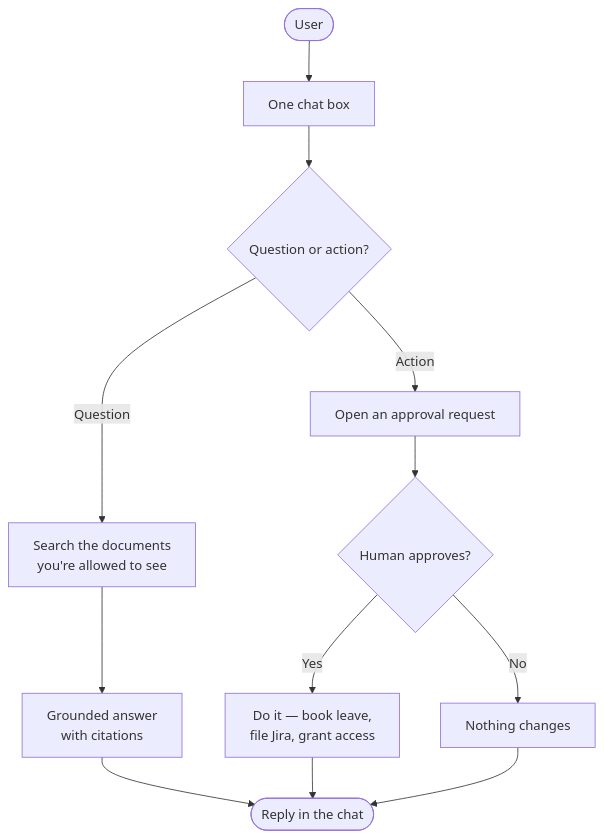
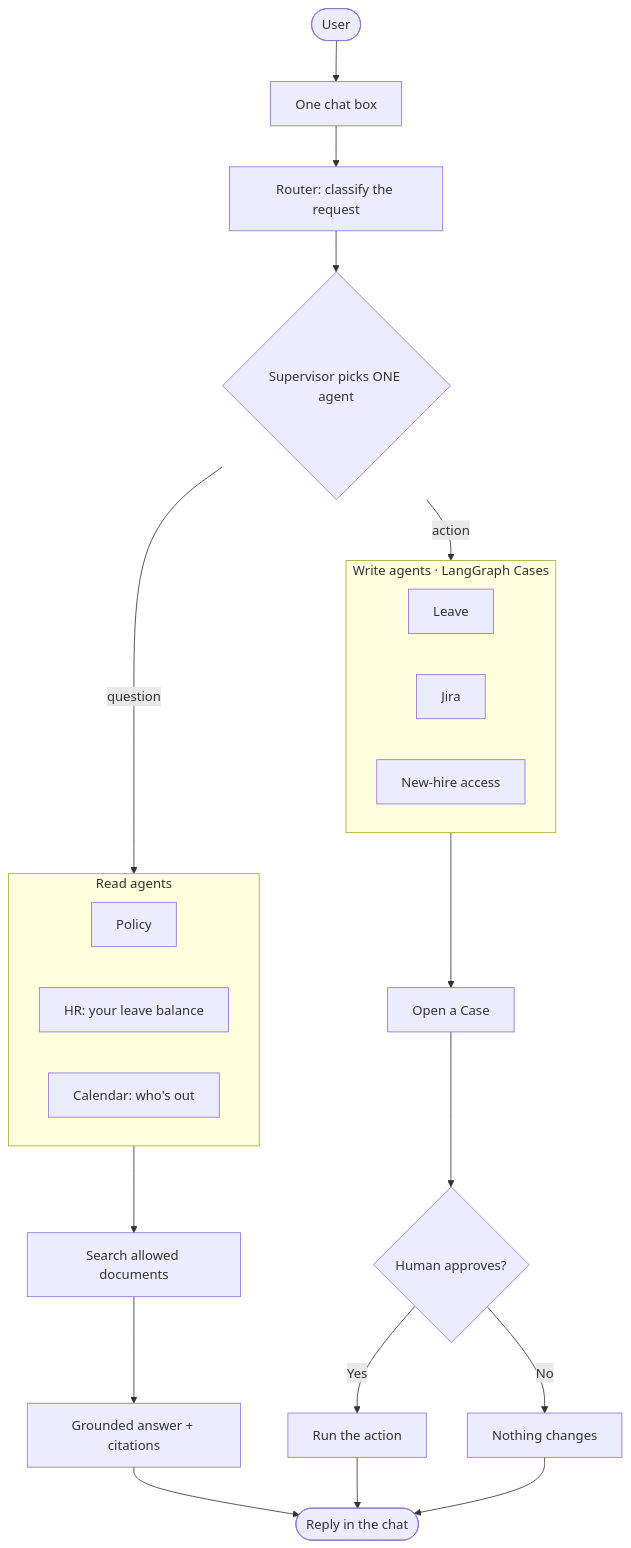
One commit to HardityaGhuman/aria changed the diagram in README.md. Above: the diagram before and after it, drawn with Mermaid. The commit also changed other lines of this file, not shown here.

Commit message:
docs(readme): foreground the multi-agent + LangGraph architecture

````diff
--- a/README.md
+++ b/README.md
@@ -36,17 +43,33 @@
 ```mermaid
 flowchart TB
     User([User]) --> Chat[One chat box]
-    Chat --> Router{Question or action?}
+    Chat --> Router[Router: classify the request]
+    Router --> Supervisor{Supervisor picks ONE agent}
 
-    Router -->|Question| Search[Search the documents<br/>you're allowed to see]
-    Search --> Answer[Grounded answer<br/>with citations]
+    Supervisor -->|question| Reads
+    Supervisor -->|action| Writes
 
-    Router -->|Action| Request[Open an approval request]
-    Request --> Gate{Human approves?}
-    Gate -->|Yes| Act[Do it — book leave,<br/>file Jira, grant access]
-    Gate -->|No| Skip[Nothing changes]
+    subgraph Reads [Read agents]
+        direction LR
+        Policy[Policy]
+        HR[HR: your leave balance]
+        Calendar[Calendar: who's out]
+    end
+
+    subgraph Writes [Write agents · LangGraph Cases]
+        direction LR
+        Leave[Leave]
+        Jira[Jira]
+        Onboarding[New-hire access]
+    end
+
+    Reads --> Retrieve[Search allowed documents] --> Answer[Grounded answer + citations]
+
+    Writes --> Case[Open a Case] --> Approve{Human approves?}
+    Approve -->|Yes| Act[Run the action]
+    Approve -->|No| Skip[Nothing changes]
 
     Answer --> Reply([Reply in the chat])
     Act --> Reply
     Skip --> Reply
 ```
````
